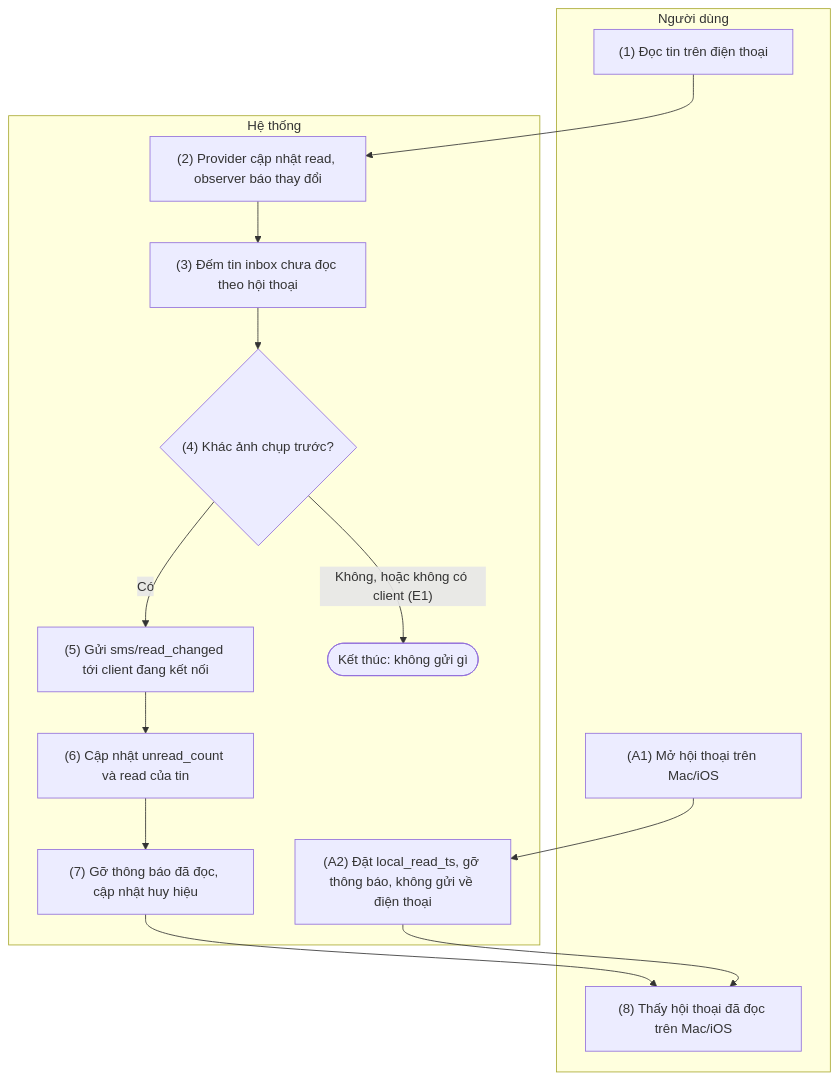
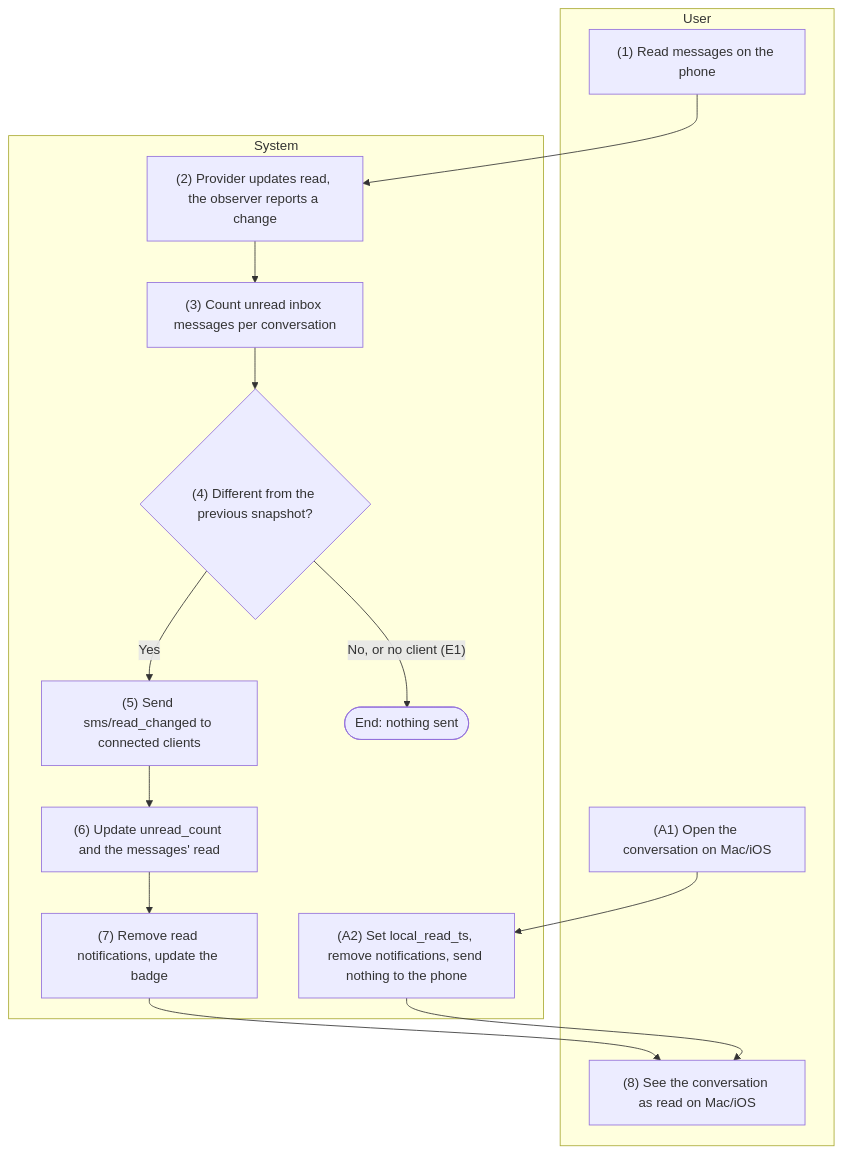
One commit to HandLive/handlive changed the fifth of 5 diagrams in docs/detailed-design/05-sms.md. Above: the diagram before and after it, drawn with Mermaid. The commit also changed other lines of this file and 1 other file, not shown here.

Commit message:
docs: translate docs/detailed-design/05-sms.md into English

````diff
--- a/docs/detailed-design/05-sms.md
+++ b/docs/detailed-design/05-sms.md
@@ -1175,22 +1204,22 @@
 ```mermaid
 flowchart TB
-  subgraph ND["Người dùng"]
-    U1["(1) Đọc tin trên điện thoại"]
-    U8["(8) Thấy hội thoại đã đọc trên Mac/iOS"]
-    UA1["(A1) Mở hội thoại trên Mac/iOS"]
+  subgraph ND["User"]
+    U1["(1) Read messages on the phone"]
+    U8["(8) See the conversation as read on Mac/iOS"]
+    UA1["(A1) Open the conversation on Mac/iOS"]
   end
-  subgraph HT["Hệ thống"]
-    S2["(2) Provider cập nhật read, observer báo thay đổi"]
-    S3["(3) Đếm tin inbox chưa đọc theo hội thoại"]
-    D4{"(4) Khác ảnh chụp trước?"}
-    S5["(5) Gửi sms/read_changed tới client đang kết nối"]
-    S6["(6) Cập nhật unread_count và read của tin"]
-    S7["(7) Gỡ thông báo đã đọc, cập nhật huy hiệu"]
-    SA2["(A2) Đặt local_read_ts, gỡ thông báo, không gửi về điện thoại"]
-    X1(["Kết thúc: không gửi gì"])
+  subgraph HT["System"]
+    S2["(2) Provider updates read, the observer reports a change"]
+    S3["(3) Count unread inbox messages per conversation"]
+    D4{"(4) Different from the previous snapshot?"}
+    S5["(5) Send sms/read_changed to connected clients"]
+    S6["(6) Update unread_count and the messages' read"]
+    S7["(7) Remove read notifications, update the badge"]
+    SA2["(A2) Set local_read_ts, remove notifications, send nothing to the phone"]
+    X1(["End: nothing sent"])
   end
   U1 --> S2 --> S3 --> D4
-  D4 -- "Có" --> S5 --> S6 --> S7 --> U8
-  D4 -- "Không, hoặc không có client (E1)" --> X1
+  D4 -- "Yes" --> S5 --> S6 --> S7 --> U8
+  D4 -- "No, or no client (E1)" --> X1
   UA1 --> SA2 --> U8
 ```
````
